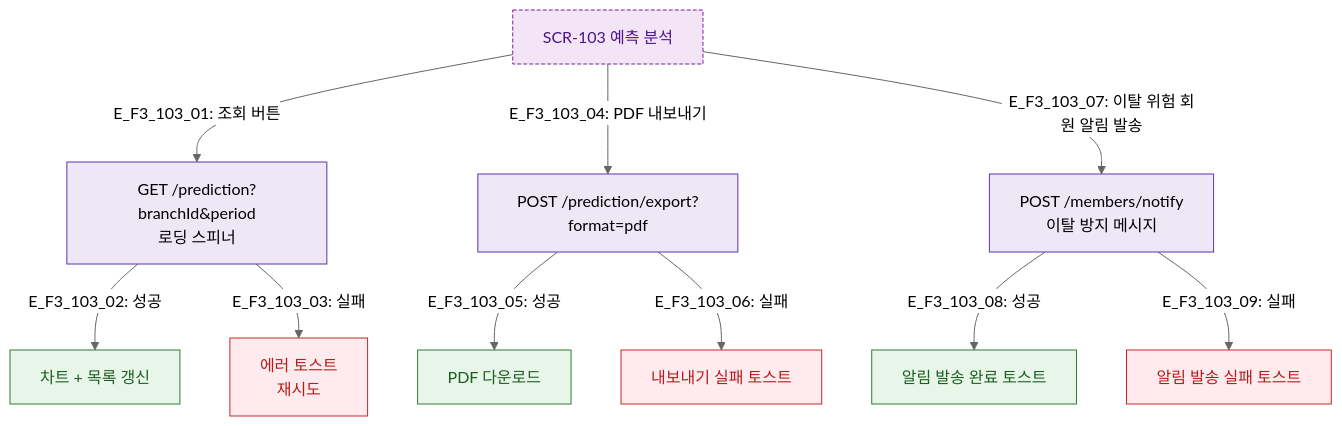
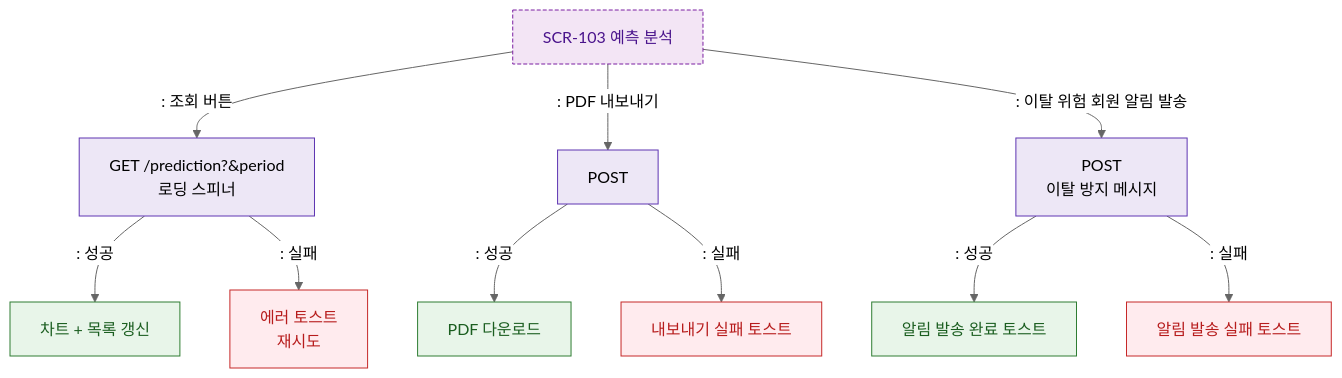
Before and after one commit to dev-spogym/admin-pando: the diagram in docs/다이어그램/D10_본사관리/SCR-103_예측분석/F3_버튼액션.md, drawn with Mermaid (neutral theme). The commit also changed other lines of this file and 1660 other files, not shown here.

First line of the commit message:
다이어그램: 기획자/클라이언트 납품본으로 정리

````diff
--- a/docs/다이어그램/D10_본사관리/SCR-103_예측분석/F3_버튼액션.md
+++ b/docs/다이어그램/D10_본사관리/SCR-103_예측분석/F3_버튼액션.md
@@ -14,26 +12,26 @@
 ```mermaid
 flowchart TD
     SCR103[SCR-103 예측 분석]
 
-    SCR103 -->|"E_F3_103_01: 조회 버튼"| Fetch[GET /prediction?branchId&period\n로딩 스피너]
-    Fetch -->|"E_F3_103_02: 성공"| ChartRefresh[차트 + 목록 갱신]
-    Fetch -->|"E_F3_103_03: 실패"| FetchErr[에러 토스트\n재시도]
+    SCR103 -->|": 조회 버튼"|Fetch[GET /prediction?&period\n로딩 스피너]
+    Fetch -->|": 성공"|ChartRefresh[차트 + 목록 갱신]
+    Fetch -->|": 실패"|FetchErr[에러 토스트\n재시도]
 
-    SCR103 -->|"E_F3_103_04: PDF 내보내기"| ExportPDF[POST /prediction/export?format=pdf]
-    ExportPDF -->|"E_F3_103_05: 성공"| PDFDown[PDF 다운로드]
-    ExportPDF -->|"E_F3_103_06: 실패"| ExportErr[내보내기 실패 토스트]
+    SCR103 -->|": PDF 내보내기"|ExportPDF[POST]
+    ExportPDF -->|": 성공"|PDFDown[PDF 다운로드]
+    ExportPDF -->|": 실패"|ExportErr[내보내기 실패 토스트]
 
-    SCR103 -->|"E_F3_103_07: 이탈 위험 회원 알림 발송"| NotifyReq[POST /members/notify\n이탈 방지 메시지]
-    NotifyReq -->|"E_F3_103_08: 성공"| NotifyOK[알림 발송 완료 토스트]
-    NotifyReq -->|"E_F3_103_09: 실패"| NotifyErr[알림 발송 실패 토스트]
+    SCR103 -->|": 이탈 위험 회원 알림 발송"|NotifyReq[POST \n이탈 방지 메시지]
+    NotifyReq -->|": 성공"|NotifyOK[알림 발송 완료 토스트]
+    NotifyReq -->|": 실패"|NotifyErr[알림 발송 실패 토스트]
 
     classDef screen fill:#E3F2FD,stroke:#1976D2,color:#0D47A1
     classDef newFeature fill:#F3E5F5,stroke:#7B1FA2,color:#4A148C,stroke-dasharray:4 2
     classDef success fill:#E8F5E9,stroke:#2E7D32,color:#1B5E20
     classDef error fill:#FFEBEE,stroke:#C62828,color:#B71C1C
     classDef system fill:#EDE7F6,stroke:#5E35B2
     class SCR103 newFeature
     class ChartRefresh,PDFDown,NotifyOK success
     class FetchErr,ExportErr,NotifyErr error
     class Fetch,ExportPDF,NotifyReq system
 ```
````
